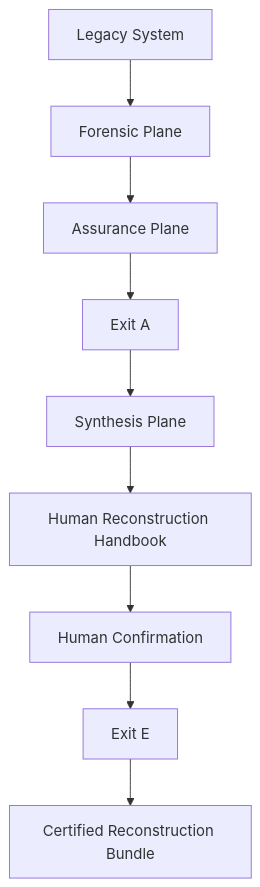
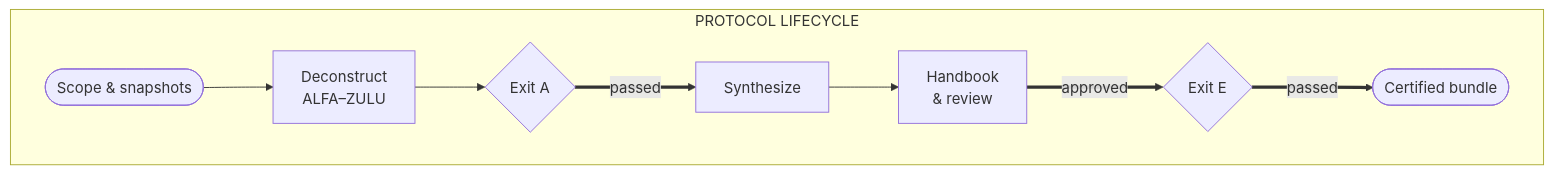
One commit to nckirik/legacy-autopsy changed the first of 2 diagrams in README.md. Above: the diagram before and after it, drawn with Mermaid. The commit also changed other lines of this file, not shown here.

Commit message:
docs(readme): polish visitor guide and diagrams

````diff
--- a/README.md
+++ b/README.md
@@ -94,11 +62,10 @@
 ```mermaid
-flowchart TD
-    legacy["Legacy System"] --> forensic["Forensic Plane"]
-    forensic --> assurance["Assurance Plane"]
-    assurance --> exitA["Exit A"]
-    exitA --> synthesis["Synthesis Plane"]
-    synthesis --> handbook["Human Reconstruction Handbook"]
-    handbook --> confirmation["Human Confirmation"]
-    confirmation --> exitE["Exit E"]
-    exitE --> bundle["Certified Reconstruction Bundle"]
+flowchart LR
+    subgraph lifecycle["PROTOCOL LIFECYCLE"]
+        direction LR
+        scope(["Scope & snapshots"]) --> decon["Deconstruct<br/>ALFA–ZULU"] --> exitA{"Exit A"}
+        exitA == "passed" ==> synth["Synthesize"] --> review["Handbook<br/>& review"]
+        review == "approved" ==> exitE{"Exit E"}
+        exitE == "passed" ==> bundle(["Certified bundle"])
+    end
 ```
````
